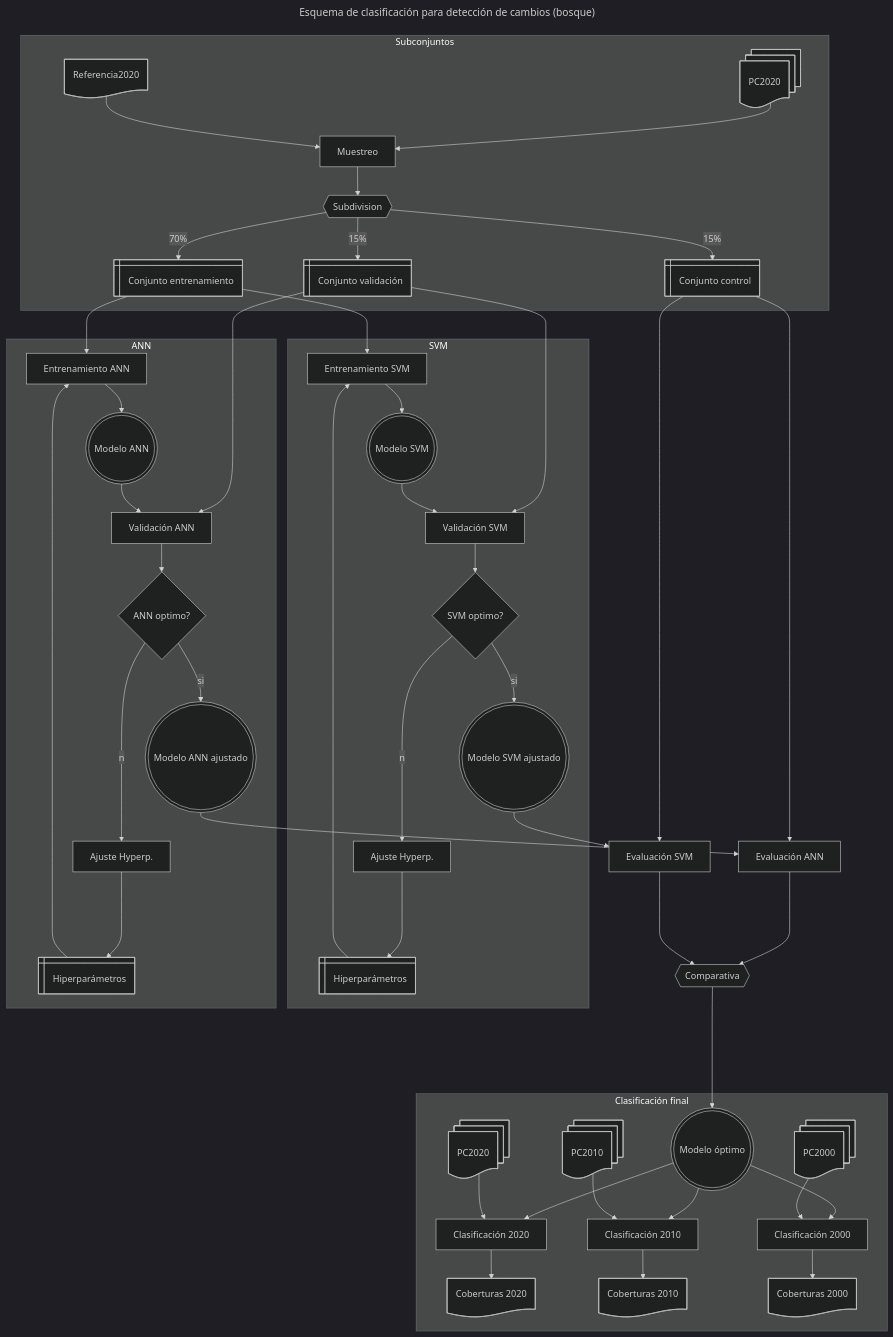
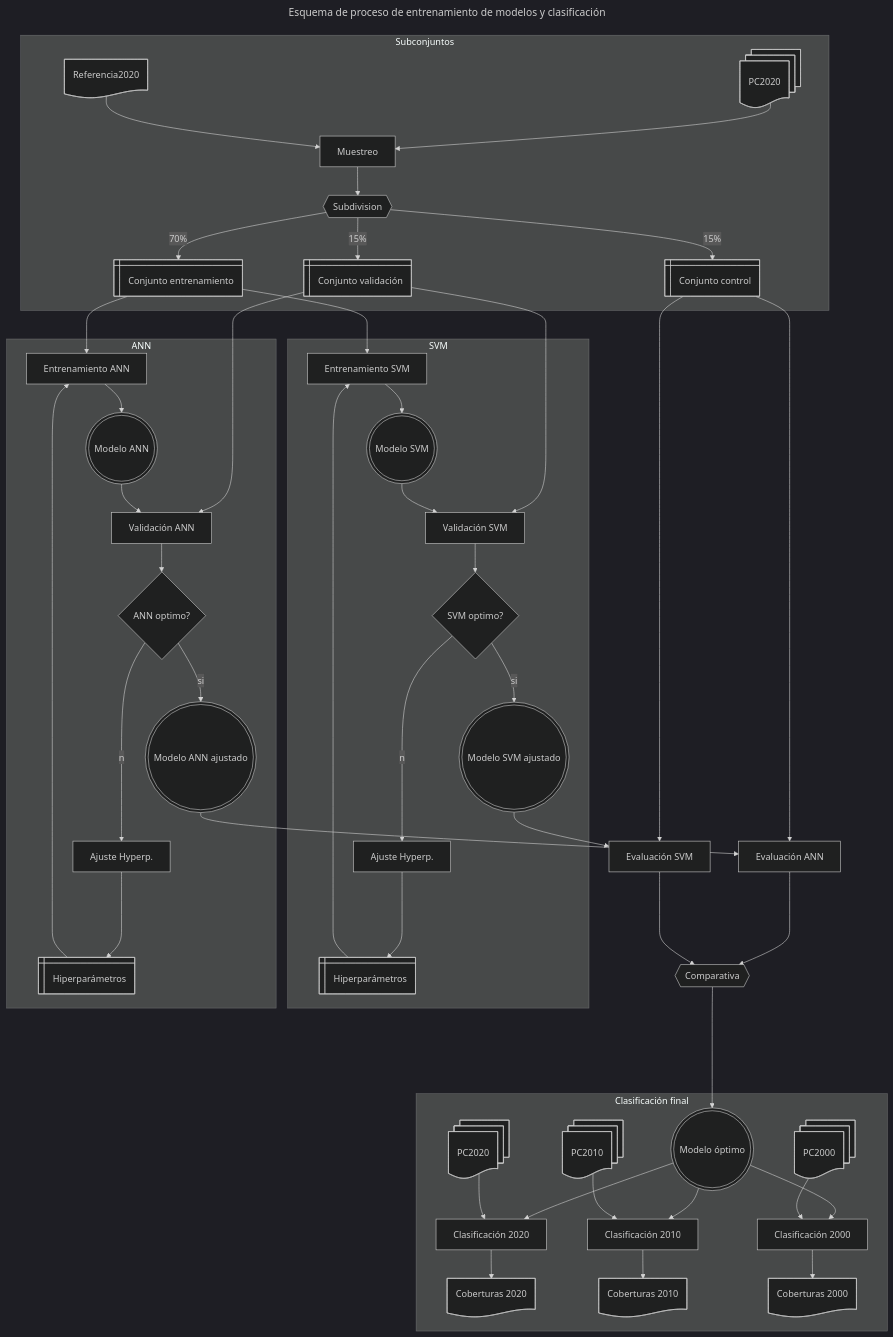
One commit to vshalisko/GEE changed the diagram in ANPs/Esquema_clasificacion.mermaid. Above: the diagram before and after it, drawn with Mermaid (dark theme).

```diff
--- a/ANPs/Esquema_clasificacion.mermaid
+++ b/ANPs/Esquema_clasificacion.mermaid
@@ -1,97 +1,97 @@
 ---
-title: Esquema de clasificación para detección de cambios (bosque)
+title: Esquema de proceso de entrenamiento de modelos y clasificación
 ---
 flowchart TD
     PC2000@{ shape: docs, label: PC2000}
     PC2010@{ shape: docs, label: PC2010}
     PC2020@{ shape: docs, label: PC2020}
     PC2020A@{ shape: docs, label: PC2020}
     Ref2020@{ shape: doc, label: Referencia2020}
     Muestreo@{ shape: proc, label: Muestreo}
     Subset@{ shape: hex, label: Subdivision}
     Train2020@{ shape: win-pane, label: Conjunto entrenamiento}
     Test2020@{ shape: win-pane, label: Conjunto control}
     Valid2020@{ shape: win-pane, label: Conjunto validación}
 
     HyperparamSVM@{ shape: win-pane, label: Hiperparámetros}
     HyperparamANN@{ shape: win-pane, label: Hiperparámetros}
     TrainSVM@{ shape: proc, label: Entrenamiento SVM}
     TrainANN@{ shape: proc, label: Entrenamiento ANN}
     ModeloSVM@{ shape: double-circle, label: Modelo SVM}
     ModeloANN@{ shape: double-circle, label: Modelo ANN}
     ModeloSVMok@{ shape: double-circle, label: Modelo SVM ajustado}
     ModeloANNok@{ shape: double-circle, label: Modelo ANN ajustado}
     ValidSVM@{ shape: proc, label: Validación SVM}
     ValidANN@{ shape: proc, label: Validación ANN}
     OptimSVM@{ shape: diam, label: SVM optimo?}
     OptimANN@{ shape: diam, label: ANN optimo?}
     ControlSVM@{ shape: proc, label: Evaluación SVM}
     ControlANN@{ shape: proc, label: Evaluación ANN}
     AjusteHypSVM@{ shape: proc, label: Ajuste Hyperp.}
     AjusteHypANN@{ shape: proc, label: Ajuste Hyperp.}
     Comparativa@{ shape: hex, label: Comparativa}
     ModeloOptimo@{ shape: double-circle, label: Modelo óptimo}
 
     Clasif2020@{ shape: proc, label: Clasificación 2020}
     Clasif2010@{ shape: proc, label: Clasificación 2010}
     Clasif2000@{ shape: proc, label: Clasificación 2000}
 
     Coberturas2020@{ shape: doc, label: Coberturas 2020}
     Coberturas2010@{ shape: doc, label: Coberturas 2010}
     Coberturas2000@{ shape: doc, label: Coberturas 2000}
 
     subgraph Subconjuntos
         PC2020A --> Muestreo
         Ref2020 --> Muestreo
         Muestreo --> Subset
         Subset --70%--> Train2020
         Subset --15%--> Test2020
         Subset --15%--> Valid2020
     end
 
     Train2020 --> TrainSVM    
     Train2020 --> TrainANN    
     Valid2020 --> ValidSVM
     Valid2020 --> ValidANN
     Test2020 --> ControlSVM
     Test2020 --> ControlANN
 
     subgraph SVM
         HyperparamSVM ----> TrainSVM
         TrainSVM --> ModeloSVM
         ModeloSVM --> ValidSVM
         ValidSVM --> OptimSVM
         OptimSVM --si--> ModeloSVMok
         OptimSVM --no--> AjusteHypSVM
         AjusteHypSVM ----> HyperparamSVM
         
     end
 
     subgraph ANN
         HyperparamANN ----> TrainANN
         TrainANN --> ModeloANN
         ModeloANN --> ValidANN
         ValidANN --> OptimANN
         OptimANN --si--> ModeloANNok
         OptimANN --no--> AjusteHypANN
         AjusteHypANN ----> HyperparamANN
         
     end
 
     ModeloSVMok --> ControlSVM
     ModeloANNok --> ControlANN
     ControlANN ----> Comparativa
     ControlSVM ----> Comparativa
     Comparativa ----> ModeloOptimo
 
     subgraph Clasificación final
         ModeloOptimo --> Clasif2020
         ModeloOptimo --> Clasif2010
         ModeloOptimo --> Clasif2000
         PC2020 --> Clasif2020
         PC2010 --> Clasif2010
         PC2000 --> Clasif2000
         Clasif2020 --> Coberturas2020
         Clasif2010 --> Coberturas2010
         Clasif2000 --> Coberturas2000
     end
```
